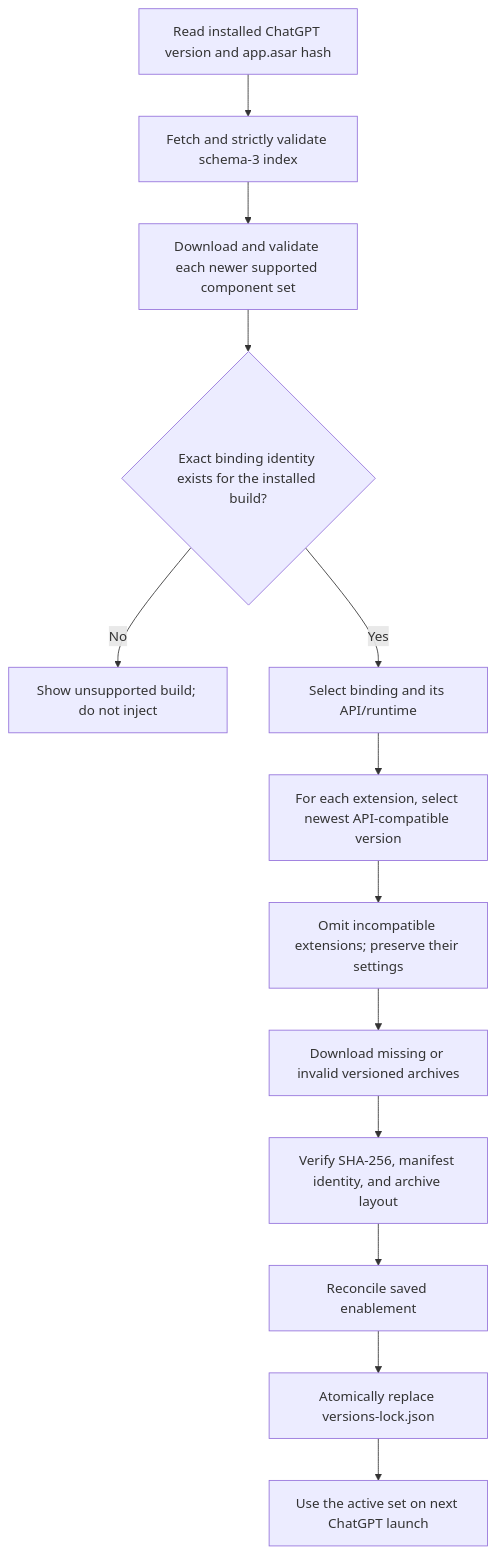
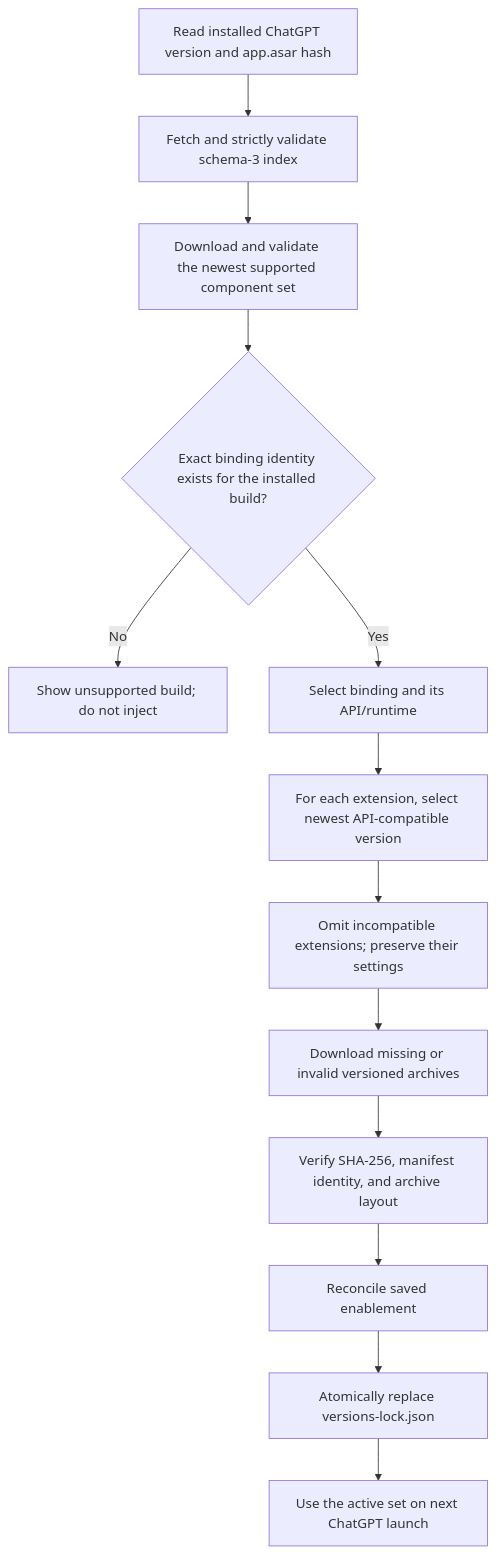
Before and after one commit to zats/chat-gpt-x: the first of 2 diagrams in docs/component-updates.md, drawn with Mermaid. The commit also changed other lines of this file and 4 other files, not shown here.

````diff
--- a/docs/component-updates.md
+++ b/docs/component-updates.md
@@ -171,15 +169,15 @@
 ```mermaid
 flowchart TD
     A["Read installed ChatGPT version and app.asar hash"] --> B["Fetch and strictly validate schema-3 index"]
-    B --> P["Download and validate each newer supported component set"]
+    B --> P["Download and validate the newest supported component set"]
     P --> C{"Exact binding identity exists for the installed build?"}
     C -- "No" --> U["Show unsupported build; do not inject"]
     C -- "Yes" --> D["Select binding and its API/runtime"]
     D --> E["For each extension, select newest API-compatible version"]
     E --> F["Omit incompatible extensions; preserve their settings"]
     F --> G["Download missing or invalid versioned archives"]
     G --> H["Verify SHA-256, manifest identity, and archive layout"]
     H --> I["Reconcile saved enablement"]
     I --> J["Atomically replace versions-lock.json"]
     J --> L["Use the active set on next ChatGPT launch"]
 ```
````
